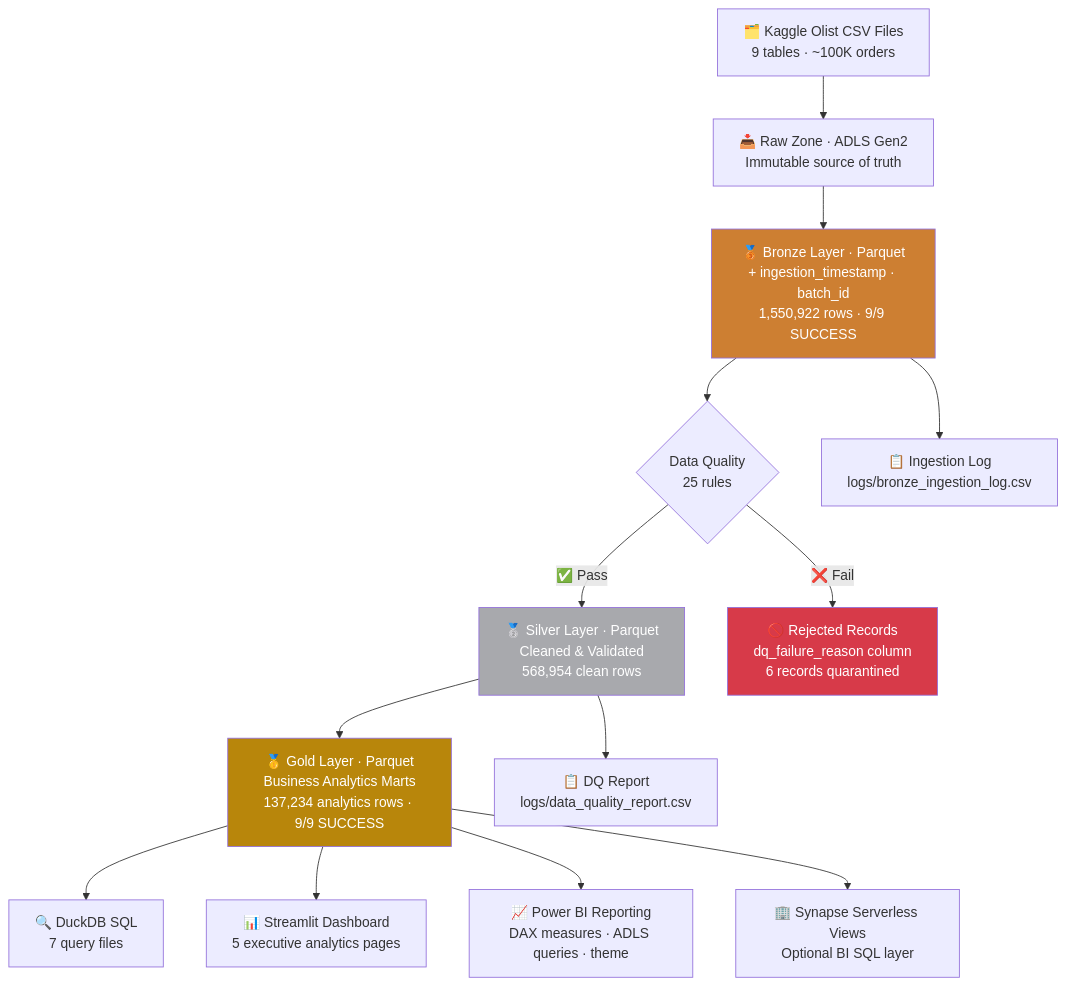
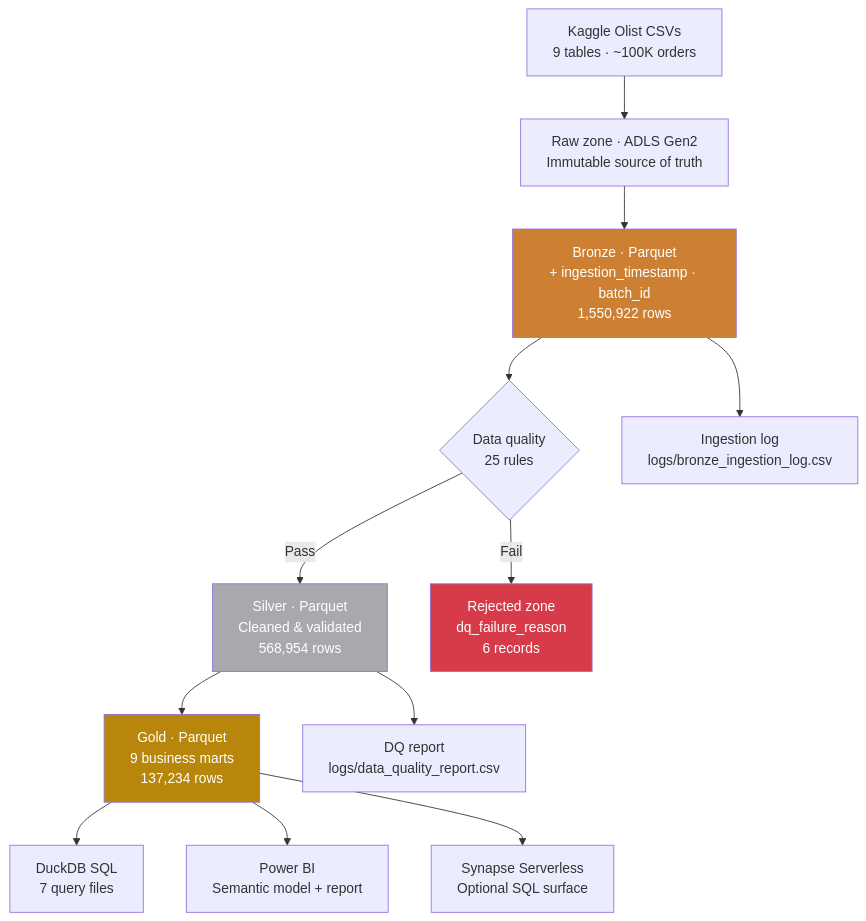
The diagram in README.md (harish885/ecommerce-lakehouse), drawn with Mermaid before and after one commit. The commit also changed other lines of this file and 15 other files, not shown here.

````diff
--- a/README.md
+++ b/README.md
@@ -21,20 +23,19 @@
 ```mermaid
 flowchart TD
-    A["🗂️ Kaggle Olist CSV Files<br/>9 tables · ~100K orders"] --> B["📥 Raw Zone · ADLS Gen2<br/>Immutable source of truth"]
-    B --> C["🥉 Bronze Layer · Parquet<br/>+ ingestion_timestamp · batch_id<br/>1,550,922 rows · 9/9 SUCCESS"]
-    C --> D{"Data Quality<br/>25 rules"}
-    D -->|"✅ Pass"| E["🥈 Silver Layer · Parquet<br/>Cleaned & Validated<br/>568,954 clean rows"]
-    D -->|"❌ Fail"| F["🚫 Rejected Records<br/>dq_failure_reason column<br/>6 records quarantined"]
-    E --> G["🥇 Gold Layer · Parquet<br/>Business Analytics Marts<br/>137,234 analytics rows · 9/9 SUCCESS"]
-    G --> H["🔍 DuckDB SQL<br/>7 query files"]
-    G --> I["📊 Streamlit Dashboard<br/>5 executive analytics pages"]
-    G --> L["📈 Power BI Reporting<br/>DAX measures · ADLS queries · theme"]
-    G --> M["🏢 Synapse Serverless Views<br/>Optional BI SQL layer"]
-    C --> J["📋 Ingestion Log<br/>logs/bronze_ingestion_log.csv"]
-    E --> K["📋 DQ Report<br/>logs/data_quality_report.csv"]
+    A["Kaggle Olist CSVs<br/>9 tables · ~100K orders"] --> B["Raw zone · ADLS Gen2<br/>Immutable source of truth"]
+    B --> C["Bronze · Parquet<br/>+ ingestion_timestamp · batch_id<br/>1,550,922 rows"]
+    C --> D{"Data quality<br/>25 rules"}
+    D -->|"Pass"| E["Silver · Parquet<br/>Cleaned & validated<br/>568,954 rows"]
+    D -->|"Fail"| F["Rejected zone<br/>dq_failure_reason<br/>6 records"]
+    E --> G["Gold · Parquet<br/>9 business marts<br/>137,234 rows"]
+    G --> H["DuckDB SQL<br/>7 query files"]
+    G --> I["Power BI<br/>Semantic model + report"]
+    G --> J["Synapse Serverless<br/>Optional SQL surface"]
+    C --> K["Ingestion log<br/>logs/bronze_ingestion_log.csv"]
+    E --> L["DQ report<br/>logs/data_quality_report.csv"]
 
     style C fill:#CD7F32,color:#fff
     style E fill:#A8A9AD,color:#fff
     style G fill:#B8860B,color:#fff
     style F fill:#d73a49,color:#fff
 ```
````
